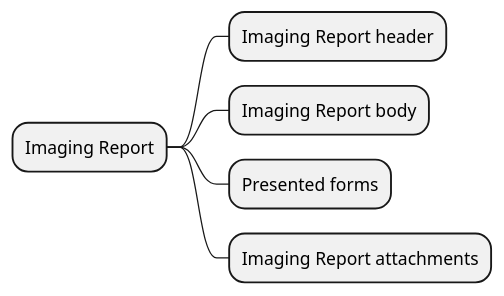
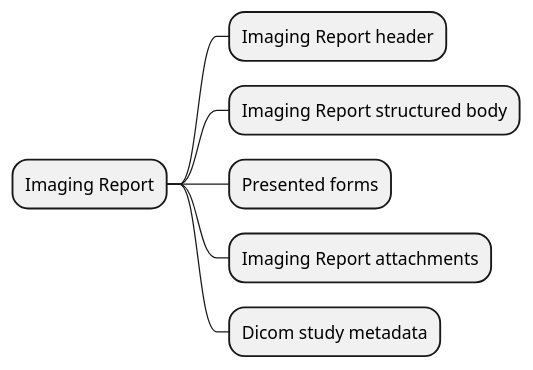
The diagram in input/images-source/imgReport_CIM.plantuml (Xt-EHR/xt-ehr-common), drawn with PlantUML before and after one commit.

```diff
--- a/input/images-source/imgReport_CIM.plantuml
+++ b/input/images-source/imgReport_CIM.plantuml
@@ -1,7 +1,8 @@
 @startmindmap
 * Imaging Report
 ** Imaging Report header
-** Imaging Report body
+** Imaging Report structured body
 ** Presented forms
 ** Imaging Report attachments
+** Dicom study metadata
 @endmindmap
```
